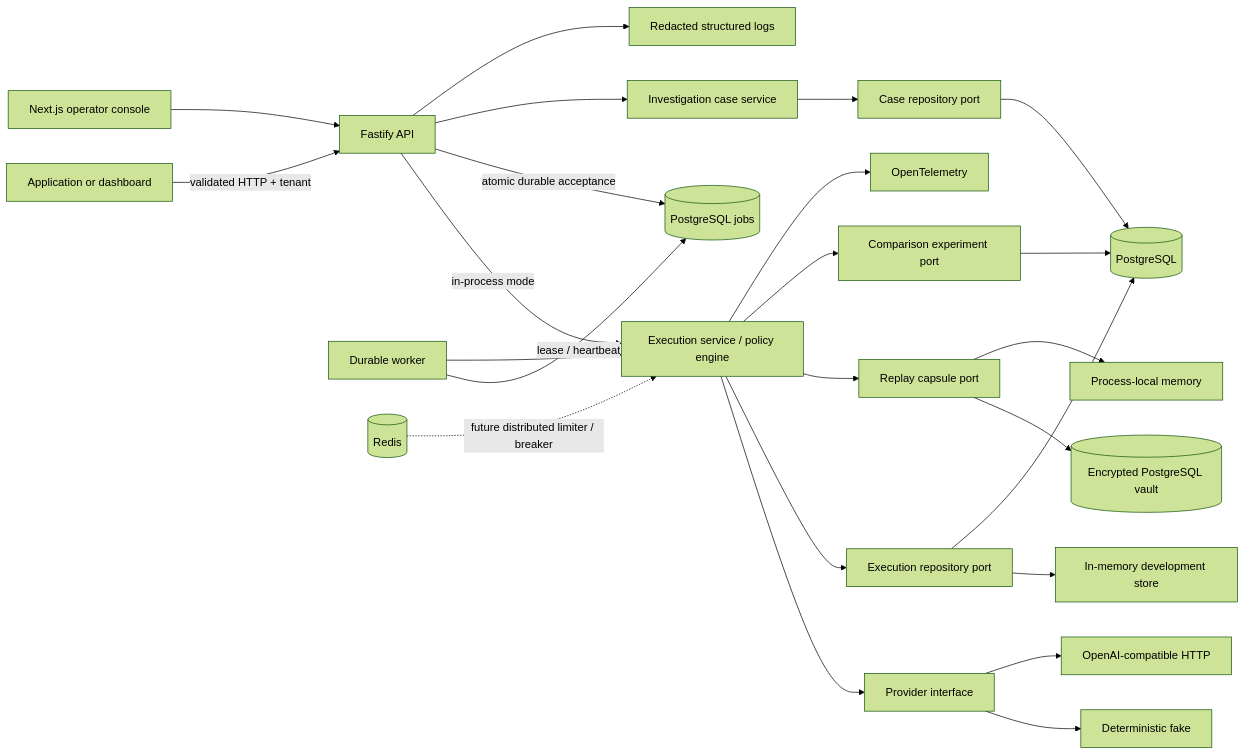
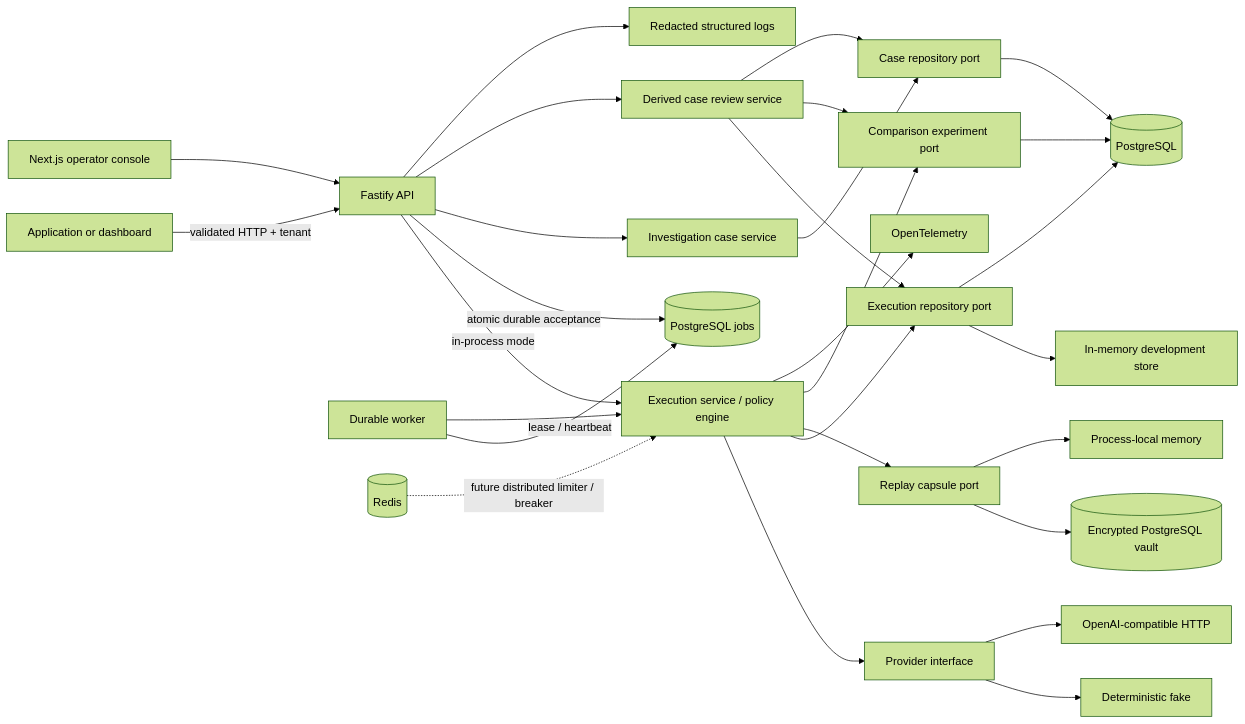
One commit to jpollard-github/reliability-lab changed the diagram in README.md. Above: the diagram before and after it, drawn with Mermaid (forest theme). The commit also changed other lines of this file and 43 other files, not shown here.

````diff
--- a/README.md
+++ b/README.md
@@ -96,26 +98,30 @@
 ```mermaid
 flowchart LR
   Client[Application or dashboard] -->|validated HTTP + tenant| API[Fastify API]
   API -->|in-process mode| Service[Execution service / policy engine]
   API -->|atomic durable acceptance| Jobs[(PostgreSQL jobs)]
   Worker[Durable worker] -->|lease / heartbeat| Jobs
   Worker --> Service
   Service --> Primary[Provider interface]
   Primary --> Fake[Deterministic fake]
   Primary --> Live[OpenAI-compatible HTTP]
   Service --> Repo[Execution repository port]
   Repo --> Memory[In-memory development store]
   Repo --> PG[(PostgreSQL)]
   Service --> Capsule[Replay capsule port]
   Capsule --> Vault[(Encrypted PostgreSQL vault)]
   Capsule --> CapsuleMemory[Process-local memory]
   Service --> Experiment[Comparison experiment port]
   Experiment --> PG
   API --> Case[Investigation case service]
   Case --> CaseStore[Case repository port]
   CaseStore --> PG
+  API --> CaseReview[Derived case review service]
+  CaseReview --> Repo
+  CaseReview --> Experiment
+  CaseReview --> CaseStore
   Service --> OTel[OpenTelemetry]
   API --> Pino[Redacted structured logs]
   Web[Next.js operator console] --> API
   Redis[(Redis)] -. future distributed limiter / breaker .-> Service
 ```
````
